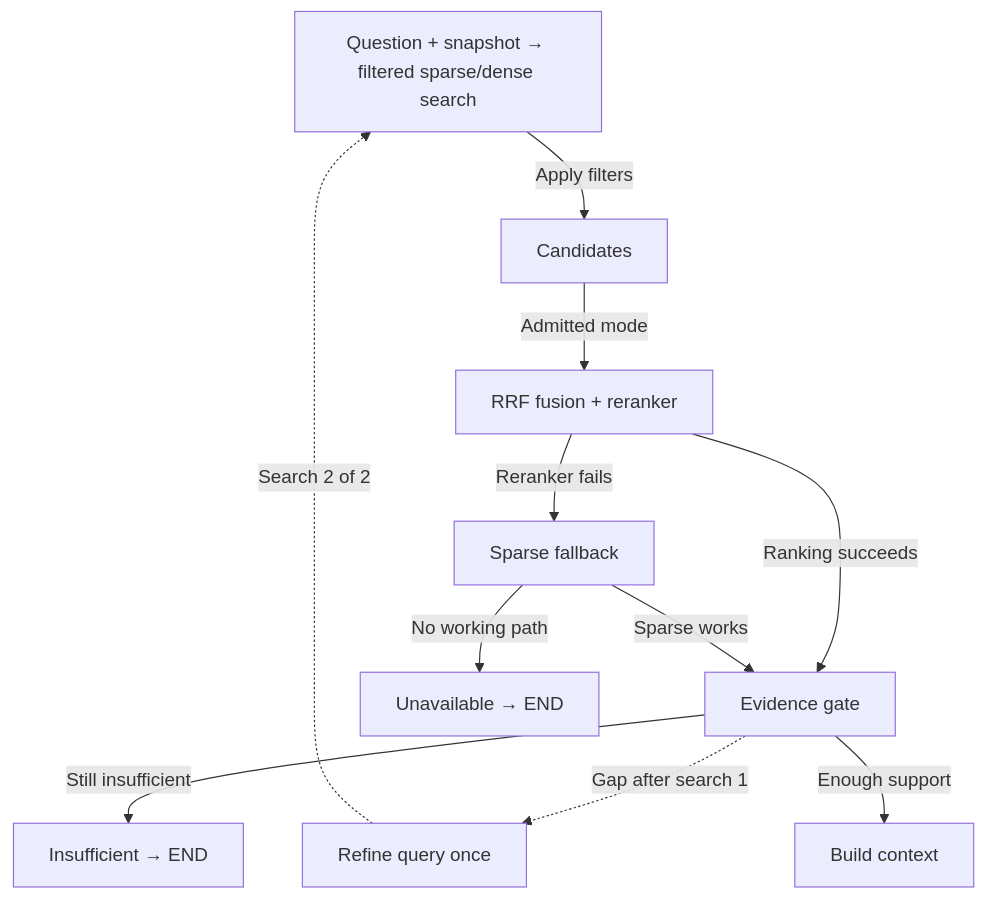
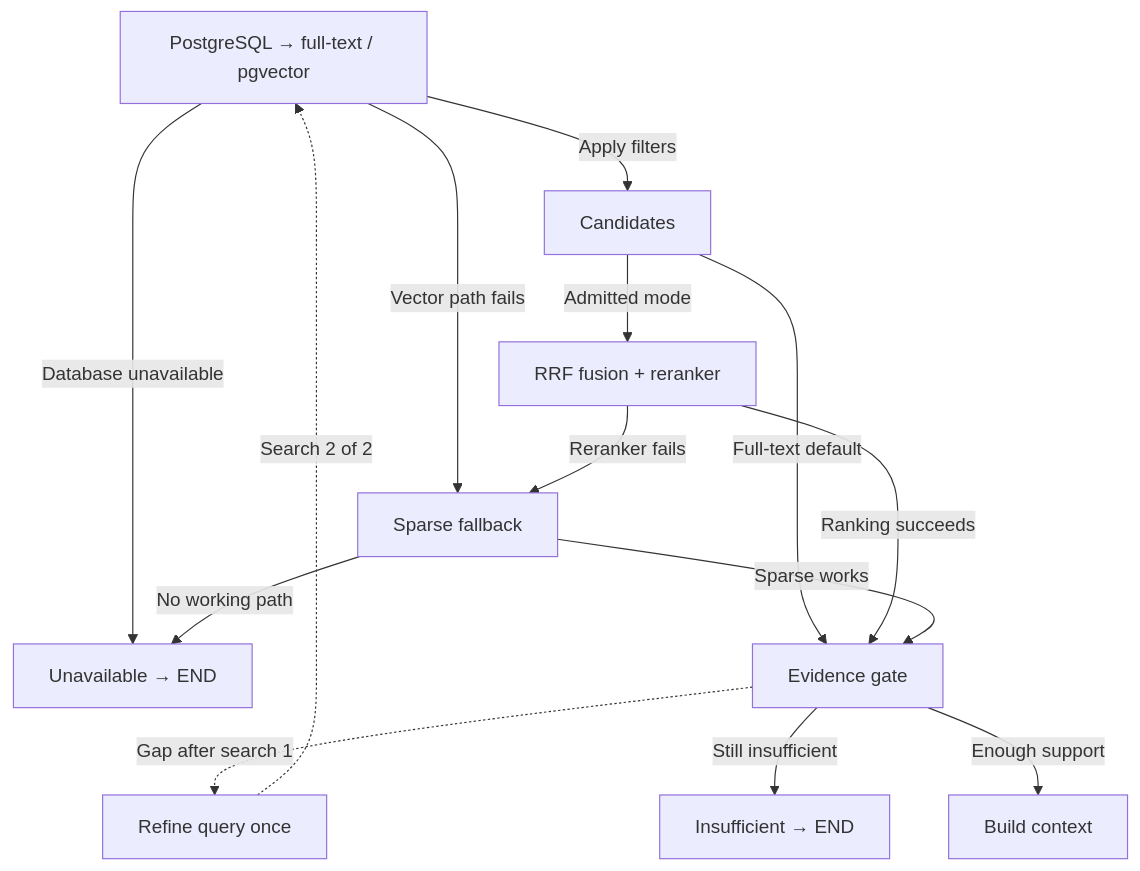
Before and after one commit to ByronHo68/ai-learning-academy: the fourth of 12 diagrams in docs/FINANCE_WORKFLOW_ATLAS.md, drawn with Mermaid. The commit also changed other lines of this file and 66 other files, not shown here.

Commit message:
Use PostgreSQL for the finance database and retrieval baseline

````diff
--- a/docs/FINANCE_WORKFLOW_ATLAS.md
+++ b/docs/FINANCE_WORKFLOW_ATLAS.md
@@ -259,22 +269,25 @@
 ```mermaid
 flowchart TD
-  n0["Question + snapshot → filtered sparse/dense search"]
-  n1["Candidates"]
-  n2["RRF fusion + reranker"]
+  n0["PostgreSQL → full-text / pgvector"]
+  n1["Unavailable → END"]
+  n2["Candidates"]
   n3["Evidence gate"]
-  n4["Sparse fallback"]
-  n5["Unavailable → END"]
+  n4["RRF fusion + reranker"]
+  n5["Sparse fallback"]
   n6["Refine query once"]
   n7["Insufficient → END"]
   n8["Build context"]
-  n0 -- "Apply filters" --> n1
-  n1 -- "Admitted mode" --> n2
-  n2 -- "Ranking succeeds" --> n3
-  n2 -- "Reranker fails" --> n4
-  n4 -- "Sparse works" --> n3
-  n4 -- "No working path" --> n5
+  n0 -- "Database unavailable" --> n1
+  n0 -- "Apply filters" --> n2
+  n2 -- "Full-text default" --> n3
+  n2 -- "Admitted mode" --> n4
+  n4 -- "Ranking succeeds" --> n3
+  n0 -- "Vector path fails" --> n5
+  n4 -- "Reranker fails" --> n5
+  n5 -- "Sparse works" --> n3
+  n5 -- "No working path" --> n1
   n3 -. "Gap after search 1" .-> n6
   n6 -. "Search 2 of 2" .-> n0
   n3 -- "Still insufficient" --> n7
   n3 -- "Enough support" --> n8
 ```
````
